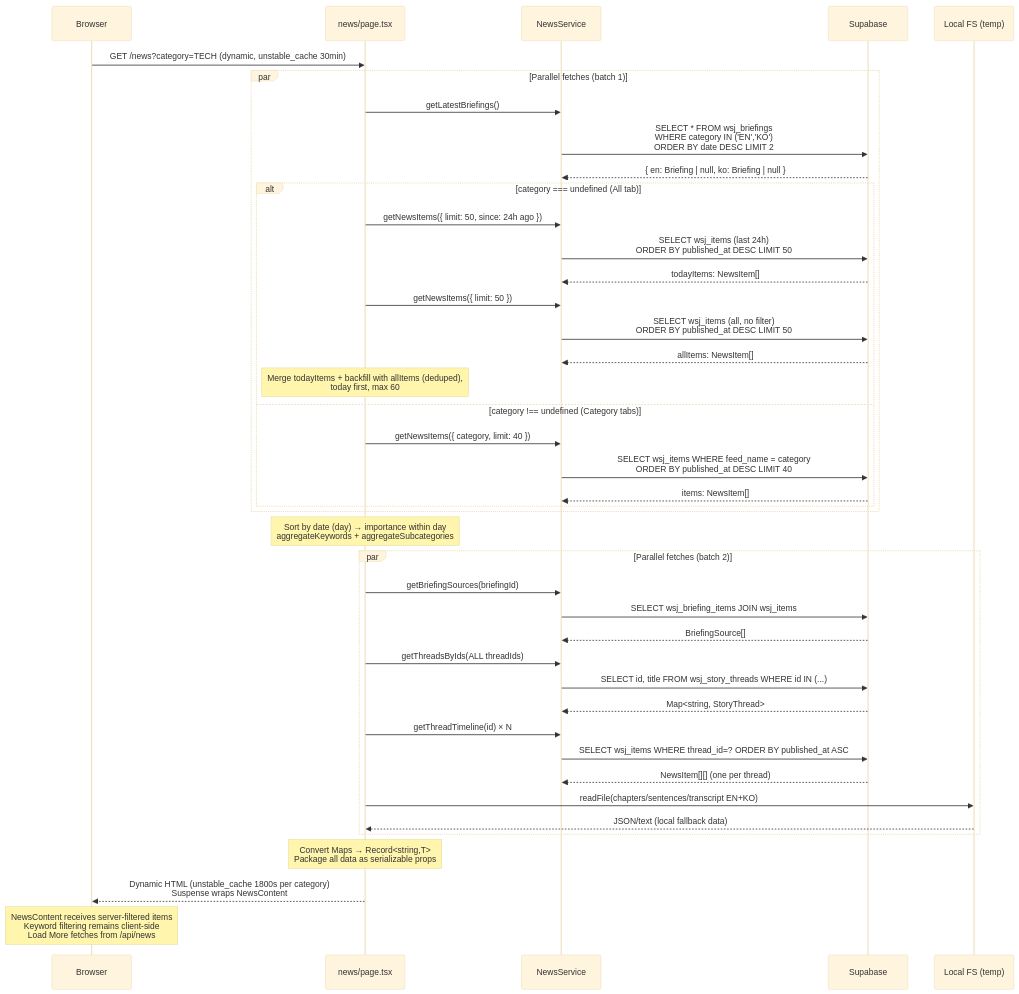
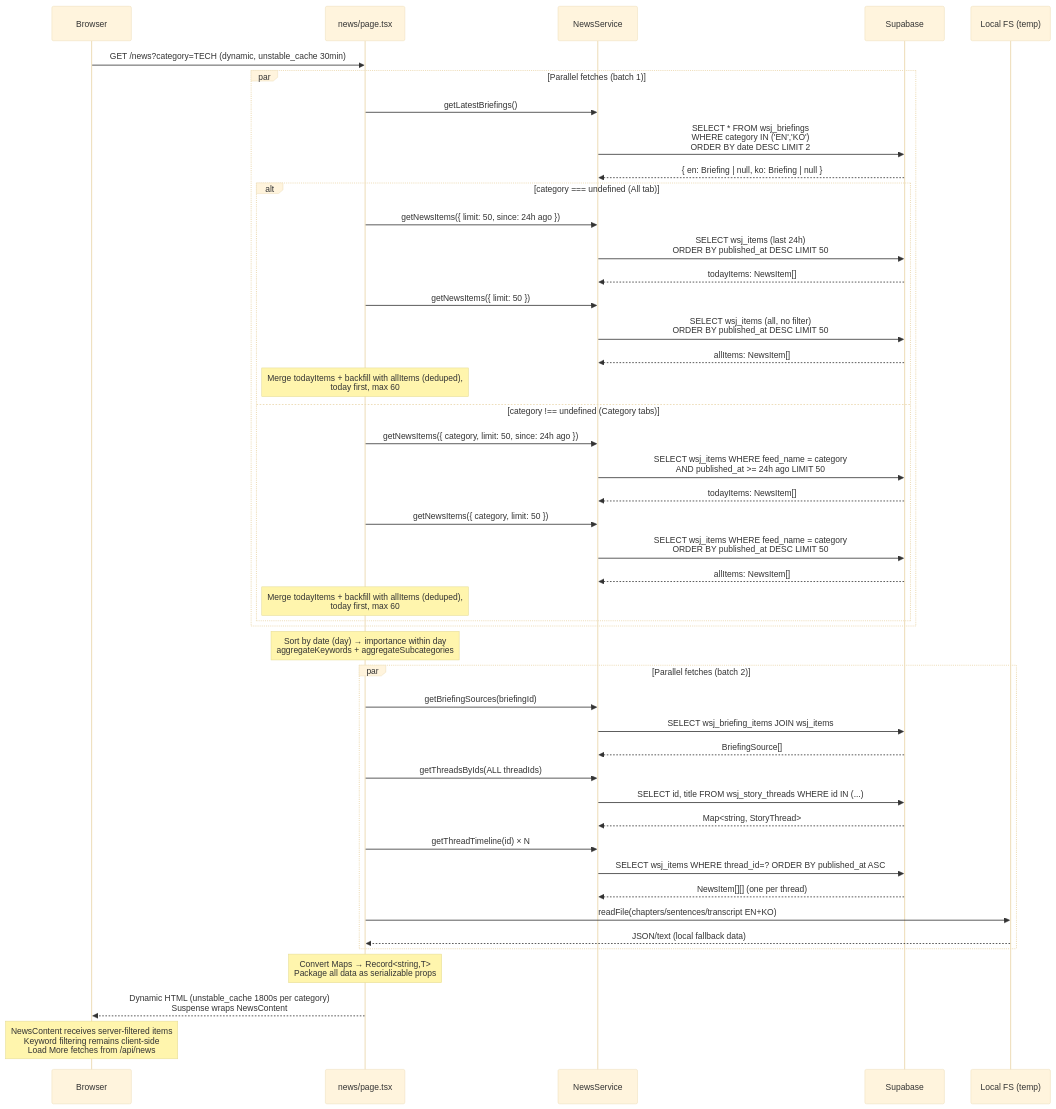
Before and after one commit to choym92/araverus: the third of 6 diagrams in docs/2-news-frontend.md, drawn with Mermaid (base theme). The commit also changed other lines of this file and 35 other files, not shown here.

````diff
--- a/docs/2-news-frontend.md
+++ b/docs/2-news-frontend.md
@@ -177,54 +177,58 @@
 ```mermaid
 sequenceDiagram
     participant Browser
     participant Page as news/page.tsx
     participant Svc as NewsService
     participant DB as Supabase
     participant FS as Local FS (temp)
 
     Browser->>Page: GET /news?category=TECH (dynamic, unstable_cache 30min)
 
     par Parallel fetches (batch 1)
         Page->>Svc: getLatestBriefings()
         Svc->>DB: SELECT * FROM wsj_briefings<br/>WHERE category IN ('EN','KO')<br/>ORDER BY date DESC LIMIT 2
         DB-->>Svc: { en: Briefing | null, ko: Briefing | null }
 
         alt category === undefined (All tab)
             Page->>Svc: getNewsItems({ limit: 50, since: 24h ago })
             Svc->>DB: SELECT wsj_items (last 24h)<br/>ORDER BY published_at DESC LIMIT 50
             DB-->>Svc: todayItems: NewsItem[]
             Page->>Svc: getNewsItems({ limit: 50 })
             Svc->>DB: SELECT wsj_items (all, no filter)<br/>ORDER BY published_at DESC LIMIT 50
             DB-->>Svc: allItems: NewsItem[]
             Note over Page: Merge todayItems + backfill with allItems (deduped),<br/>today first, max 60
         else category !== undefined (Category tabs)
-            Page->>Svc: getNewsItems({ category, limit: 40 })
-            Svc->>DB: SELECT wsj_items WHERE feed_name = category<br/>ORDER BY published_at DESC LIMIT 40
-            DB-->>Svc: items: NewsItem[]
+            Page->>Svc: getNewsItems({ category, limit: 50, since: 24h ago })
+            Svc->>DB: SELECT wsj_items WHERE feed_name = category<br/>AND published_at >= 24h ago LIMIT 50
+            DB-->>Svc: todayItems: NewsItem[]
+            Page->>Svc: getNewsItems({ category, limit: 50 })
+            Svc->>DB: SELECT wsj_items WHERE feed_name = category<br/>ORDER BY published_at DESC LIMIT 50
+            DB-->>Svc: allItems: NewsItem[]
+            Note over Page: Merge todayItems + backfill with allItems (deduped),<br/>today first, max 60
         end
     end
 
     Note over Page: Sort by date (day) → importance within day<br/>aggregateKeywords + aggregateSubcategories
 
     par Parallel fetches (batch 2)
         Page->>Svc: getBriefingSources(briefingId)
         Svc->>DB: SELECT wsj_briefing_items JOIN wsj_items
         DB-->>Svc: BriefingSource[]
 
         Page->>Svc: getThreadsByIds(ALL threadIds)
         Svc->>DB: SELECT id, title FROM wsj_story_threads WHERE id IN (...)
         DB-->>Svc: Map<string, StoryThread>
 
         Page->>Svc: getThreadTimeline(id) × N
         Svc->>DB: SELECT wsj_items WHERE thread_id=? ORDER BY published_at ASC
         DB-->>Svc: NewsItem[][] (one per thread)
 
         Page->>FS: readFile(chapters/sentences/transcript EN+KO)
         FS-->>Page: JSON/text (local fallback data)
     end
 
     Note over Page: Convert Maps → Record<string,T><br/>Package all data as serializable props
 
     Page-->>Browser: Dynamic HTML (unstable_cache 1800s per category)<br/>Suspense wraps NewsContent
     Note over Browser: NewsContent receives server-filtered items<br/>Keyword filtering remains client-side<br/>Load More fetches from /api/news
 ```
````
